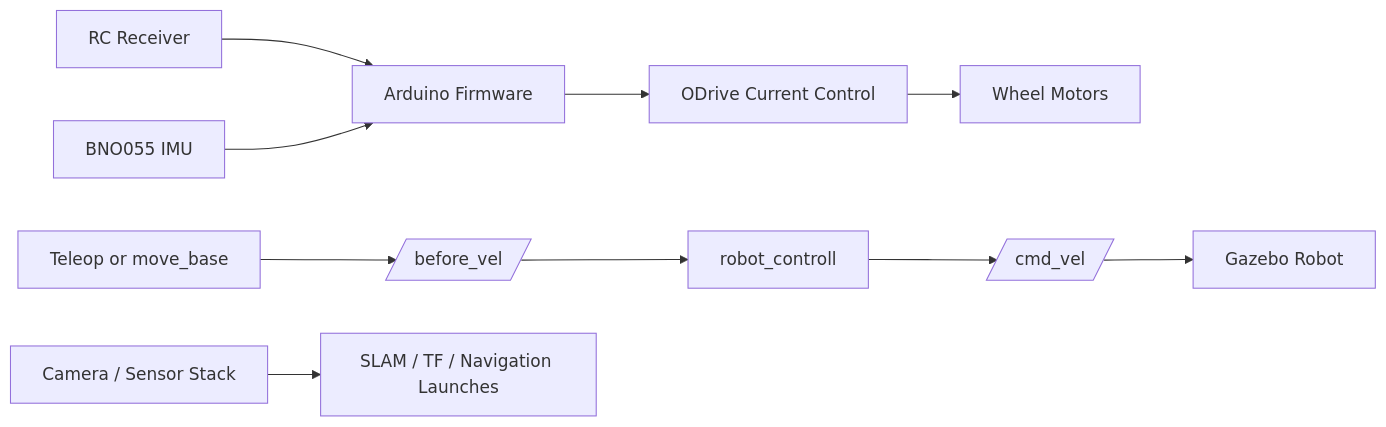
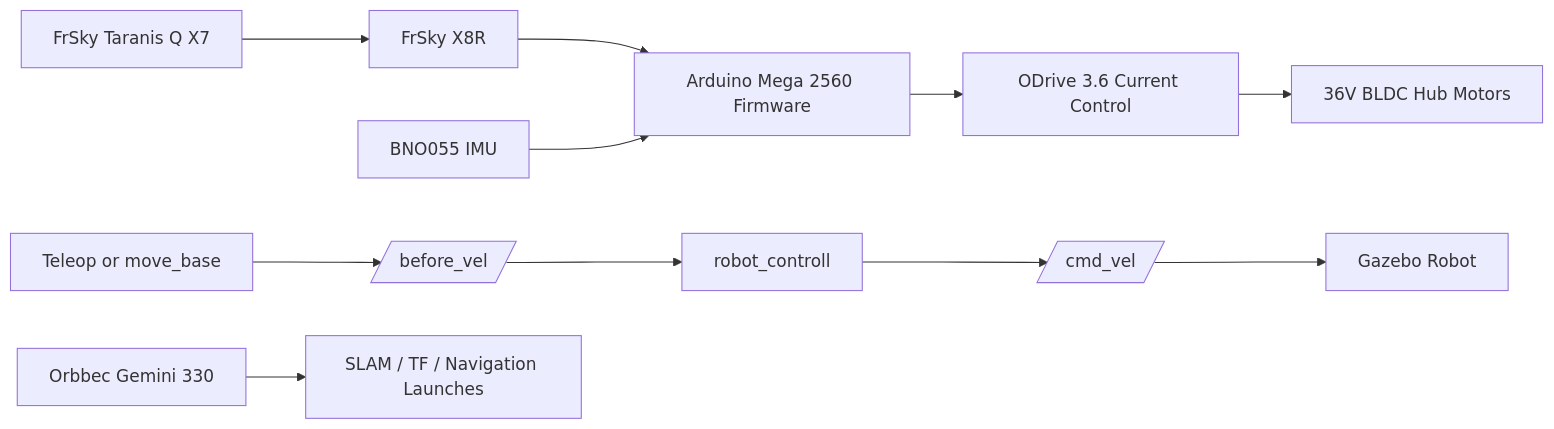
The diagram in docs/software_architecture.md (yg-gulbi/Self-Balancing-Robot-with-Arduino-and-ROS), drawn with Mermaid before and after one commit. The commit also changed other lines of this file and 18 other files, not shown here.

````diff
--- a/docs/software_architecture.md
+++ b/docs/software_architecture.md
@@ -13,14 +13,15 @@
 ```mermaid
 flowchart LR
-    RC[RC Receiver] --> Arduino[Arduino Firmware]
+    TX[FrSky Taranis Q X7] --> RC[FrSky X8R]
+    RC --> Arduino[Arduino Mega 2560 Firmware]
     IMU[BNO055 IMU] --> Arduino
-    Arduino --> ODrive[ODrive Current Control]
-    ODrive --> Motors[Wheel Motors]
+    Arduino --> ODrive[ODrive 3.6 Current Control]
+    ODrive --> Motors[36V BLDC Hub Motors]
 
     Teleop[Teleop or move_base] --> BeforeVel[/before_vel/]
     BeforeVel --> Balance[robot_controll]
     Balance --> CmdVel[/cmd_vel/]
     CmdVel --> Gazebo[Gazebo Robot]
 
-    Camera[Camera / Sensor Stack] --> SLAM[SLAM / TF / Navigation Launches]
+    Camera[Orbbec Gemini 330] --> SLAM[SLAM / TF / Navigation Launches]
 ```
````
